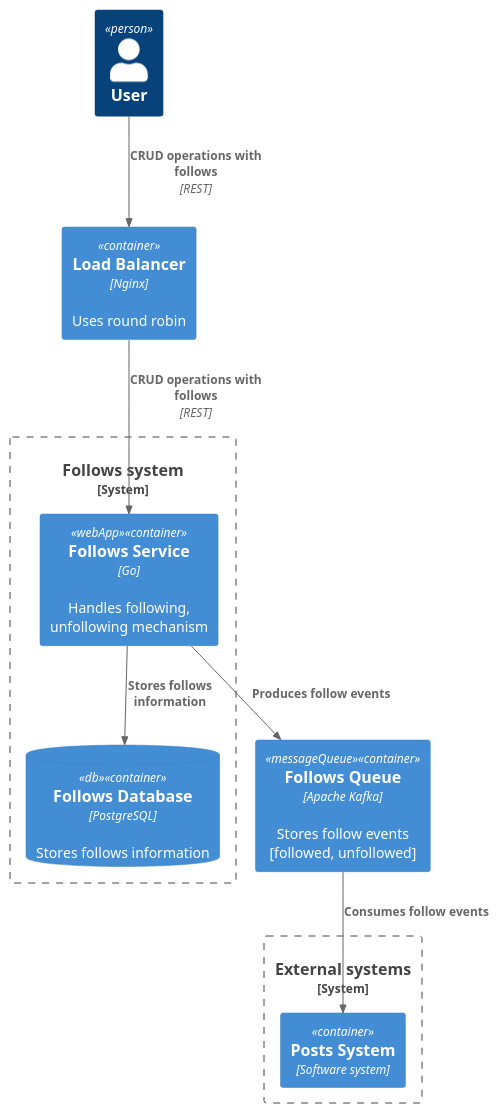
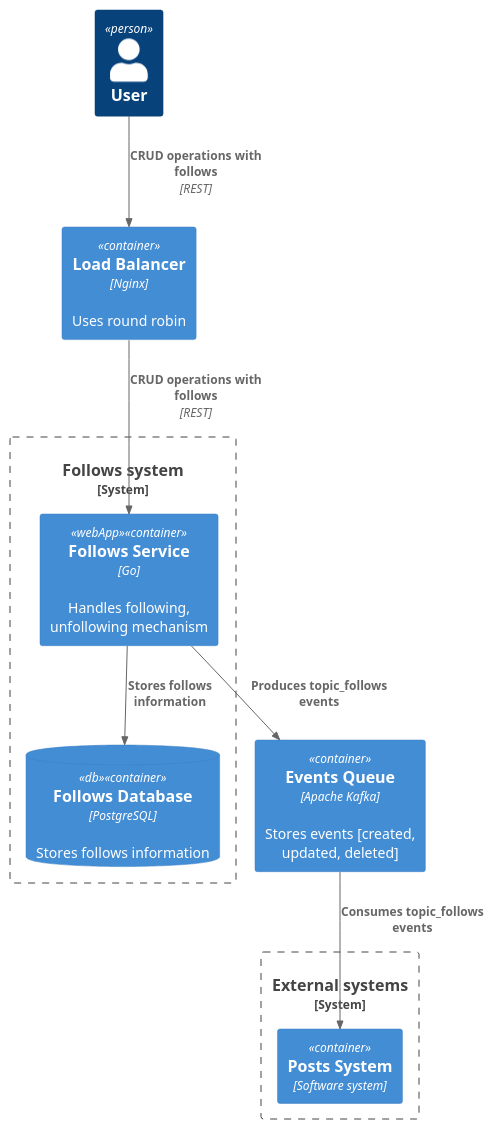
One commit to mkorobovv/social_network_system_design changed the diagram in architecture/follows_system/container.puml. Above: the diagram before and after it, drawn with PlantUML. The commit also changed 7 other files, not shown here.

```diff
--- a/architecture/follows_system/container.puml
+++ b/architecture/follows_system/container.puml
@@ -1,22 +1,22 @@
 @startuml
 !include https://raw.githubusercontent.com/plantuml-stdlib/C4-PlantUML/master/C4_Container.puml
 
 Person(user, "User")
 Container(loadBalancer, "Load Balancer", "Nginx", "Uses round robin")
-Container(followsQueue, "Follows Queue", "Apache Kafka", "Stores follow events [followed, unfollowed]", $tags="messageQueue")
+Container(eventsQueue, "Events Queue", "Apache Kafka", "Stores events [created, updated, deleted]")
 
 System_Boundary(followsSystem, "Follows system") {
     Container(followsService, "Follows Service", "Go", "Handles following, unfollowing mechanism", $tags="webApp")
     ContainerDb(followsDatabase, "Follows Database", "PostgreSQL", "Stores follows information",  $tags="db")
 }
 
 System_Boundary(externalSystem, "External systems") {
     Container(postsSystem, "Posts System", "Software system")
 }
 
 Rel(user, loadBalancer, "CRUD operations with follows", "REST")
 Rel(loadBalancer, followsService, "CRUD operations with follows", "REST")
-Rel(followsQueue, postsSystem, "Consumes follow events")
-Rel(followsService, followsQueue, "Produces follow events")
+Rel(eventsQueue, postsSystem, "Consumes topic_follows events")
+Rel(followsService, eventsQueue, "Produces topic_follows events")
 Rel(followsService, followsDatabase, "Stores follows information")
 @enduml
```
